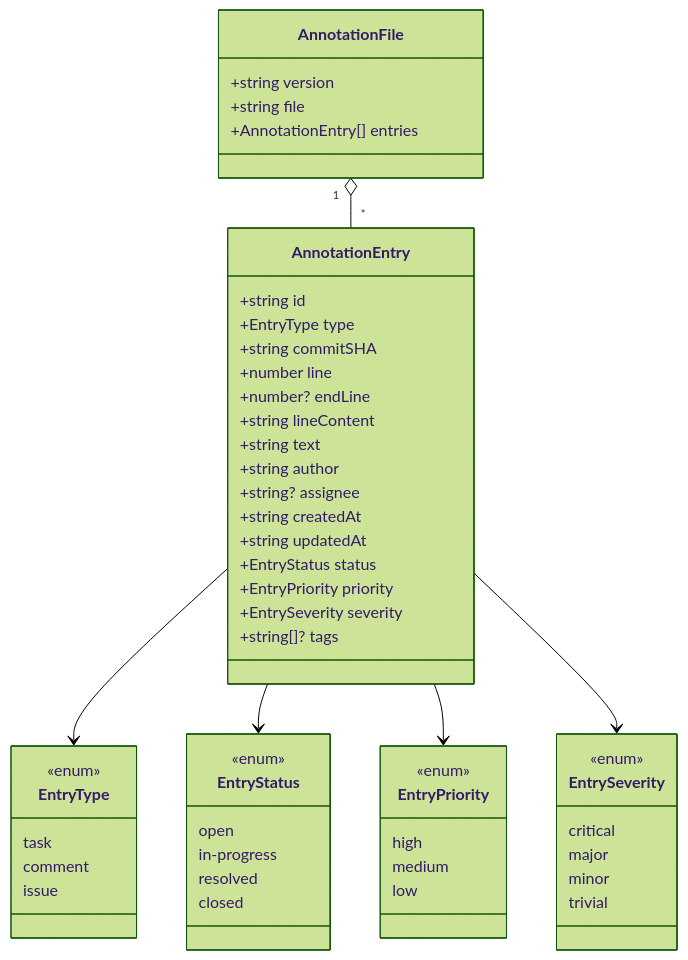
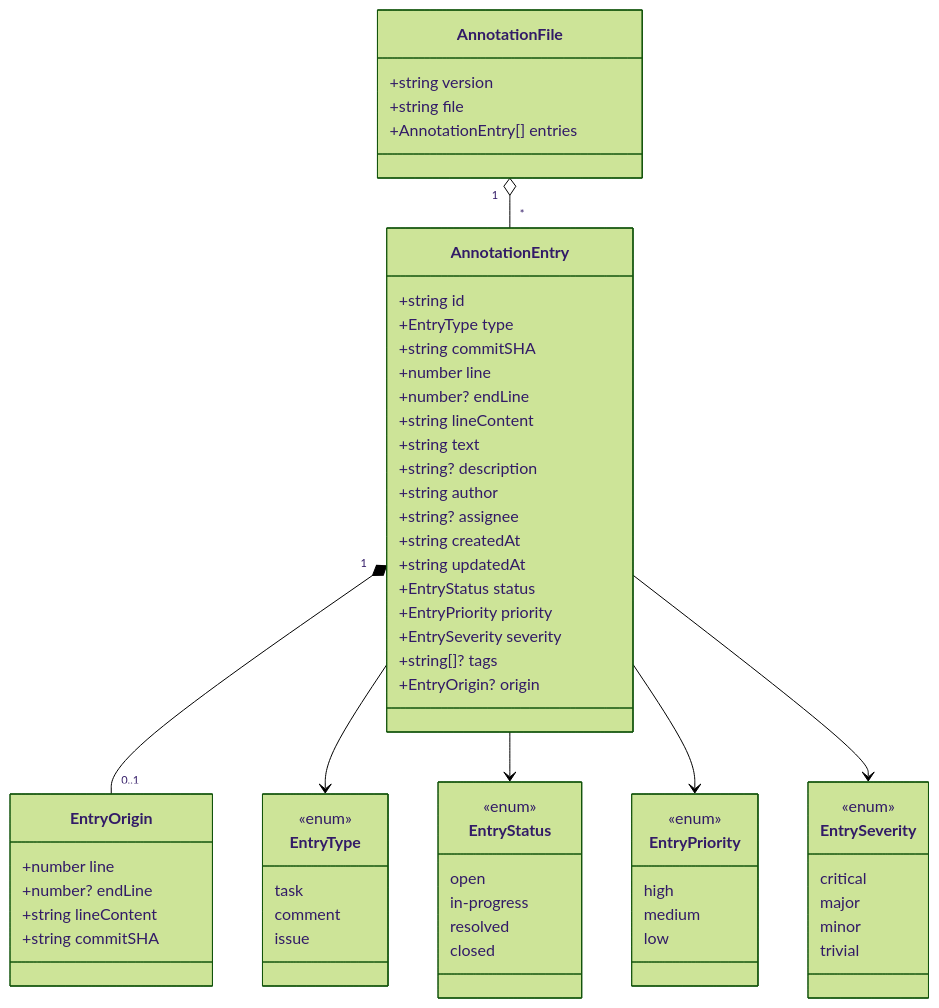
Before and after one commit to ribarrat/git-tasks: the first of 3 diagrams in docs/architecture/04-code.md, drawn with Mermaid (forest theme). The commit also changed other lines of this file and 21 other files, not shown here.

````diff
--- a/docs/architecture/04-code.md
+++ b/docs/architecture/04-code.md
@@ -11,53 +11,62 @@
 ```mermaid
 classDiagram
     class AnnotationFile {
         +string version
         +string file
         +AnnotationEntry[] entries
     }
     class AnnotationEntry {
         +string id
         +EntryType type
         +string commitSHA
         +number line
         +number? endLine
         +string lineContent
         +string text
+        +string? description
         +string author
         +string? assignee
         +string createdAt
         +string updatedAt
         +EntryStatus status
         +EntryPriority priority
         +EntrySeverity severity
         +string[]? tags
+        +EntryOrigin? origin
+    }
+    class EntryOrigin {
+        +number line
+        +number? endLine
+        +string lineContent
+        +string commitSHA
     }
     class EntryType { <<enum>>
         task
         comment
         issue
     }
     class EntryStatus { <<enum>>
         open
         in-progress
         resolved
         closed
     }
     class EntryPriority { <<enum>>
         high
         medium
         low
     }
     class EntrySeverity { <<enum>>
         critical
         major
         minor
         trivial
     }
 
     AnnotationFile "1" o-- "*" AnnotationEntry
+    AnnotationEntry "1" *-- "0..1" EntryOrigin
     AnnotationEntry --> EntryType
     AnnotationEntry --> EntryStatus
     AnnotationEntry --> EntryPriority
     AnnotationEntry --> EntrySeverity
 ```
````
